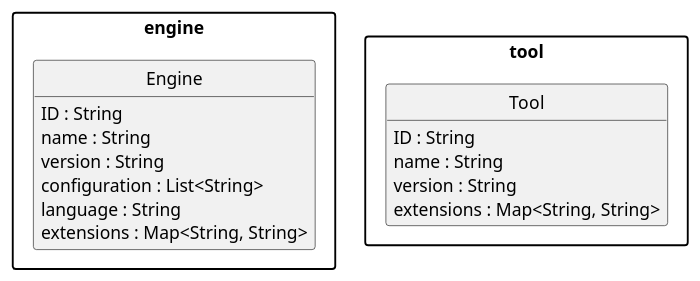
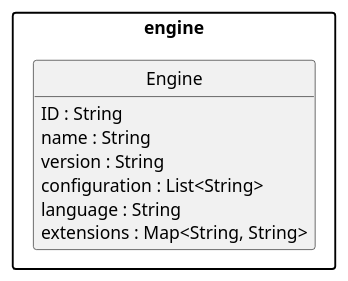
The diagram in pebl/doc/result-tool-engine.puml (uniba-dsg/betsy), drawn with PlantUML before and after one commit. The commit also changed 118 other files, not shown here.

```diff
--- a/pebl/doc/result-tool-engine.puml
+++ b/pebl/doc/result-tool-engine.puml
@@ -1,34 +1,24 @@
 @startuml
 
 package "engine" {
 
 	class Engine {
 	  ID : String
 	  name : String
 	  version : String
 	  configuration : List<String>
 	  language : String
 	  extensions : Map<String, String>
 	}
 
 }
 
-package "tool" {
-
-	class Tool {
-	  ID : String
-	  name : String
-	  version : String
-	  extensions : Map<String, String>
-	}
-}
-
 
 hide empty members
 hide empty methods
 hide circle
 
 skinparam monochrome true
 skinparam shadowing false
 skinparam packageStyle rect
 @enduml
```
